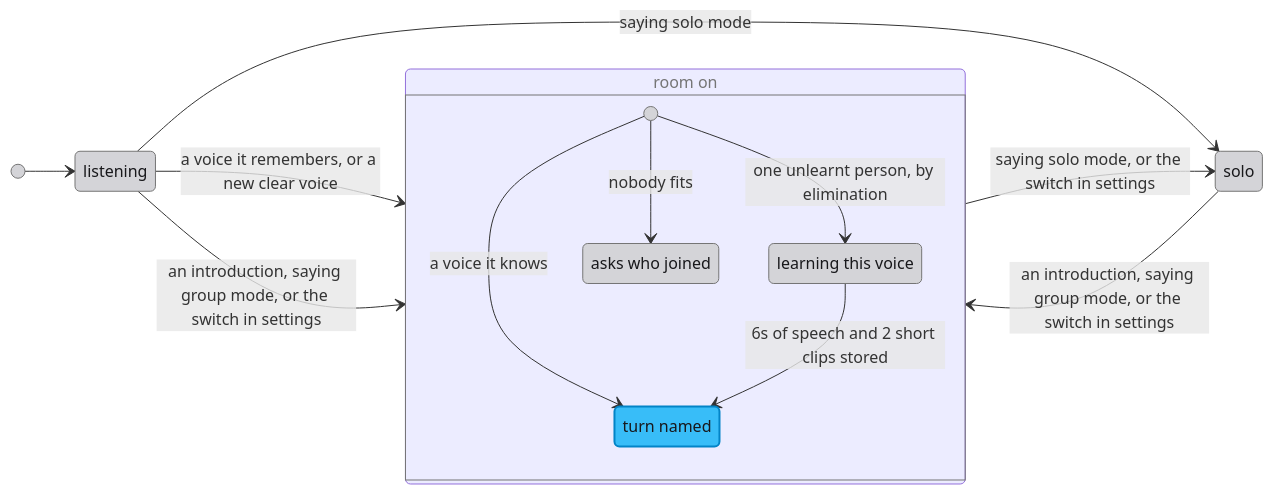
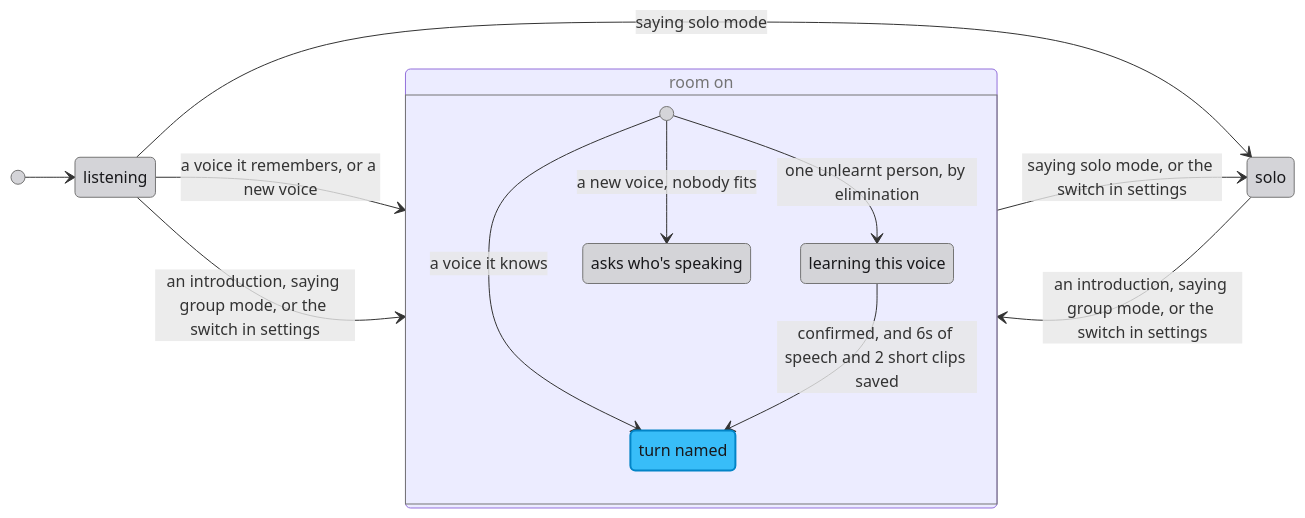
Before and after one commit to shawn-durrani/crossband: the diagram in docs/VOICE_ID.md, drawn with Mermaid. The commit also changed other lines of this file and 72 other files, not shown here.

````diff
--- a/docs/VOICE_ID.md
+++ b/docs/VOICE_ID.md
@@ -66,25 +147,25 @@
 ```mermaid
 stateDiagram-v2
   direction LR
   classDef node fill:#d4d4d8,stroke:#757575,color:#18181b
   classDef hero fill:#38bdf8,stroke:#0284c7,color:#18181b,stroke-width:2px
   classDef boundary fill:transparent,stroke:#757575,color:#757575
   state "room on" as room {
     named: turn named
     learning: learning this voice
-    asked: asks who joined
+    asked: asks who's speaking
     [*] --> named: a voice it knows
     [*] --> learning: one unlearnt person, by elimination
-    [*] --> asked: nobody fits
-    learning --> named: 6s of speech and 2 short clips stored
+    [*] --> asked: a new voice, nobody fits
+    learning --> named: confirmed, and 6s of speech and 2 short clips saved
   }
   [*] --> listening
-  listening --> room: a voice it remembers, or a new clear voice
+  listening --> room: a voice it remembers, or a new voice
   listening --> room: an introduction, saying group mode, or the switch in settings
   listening --> solo: saying solo mode
   room --> solo: saying solo mode, or the switch in settings
   solo --> room: an introduction, saying group mode, or the switch in settings
   class listening,solo,learning,asked node
   class named hero
   class room boundary
 ```
````
